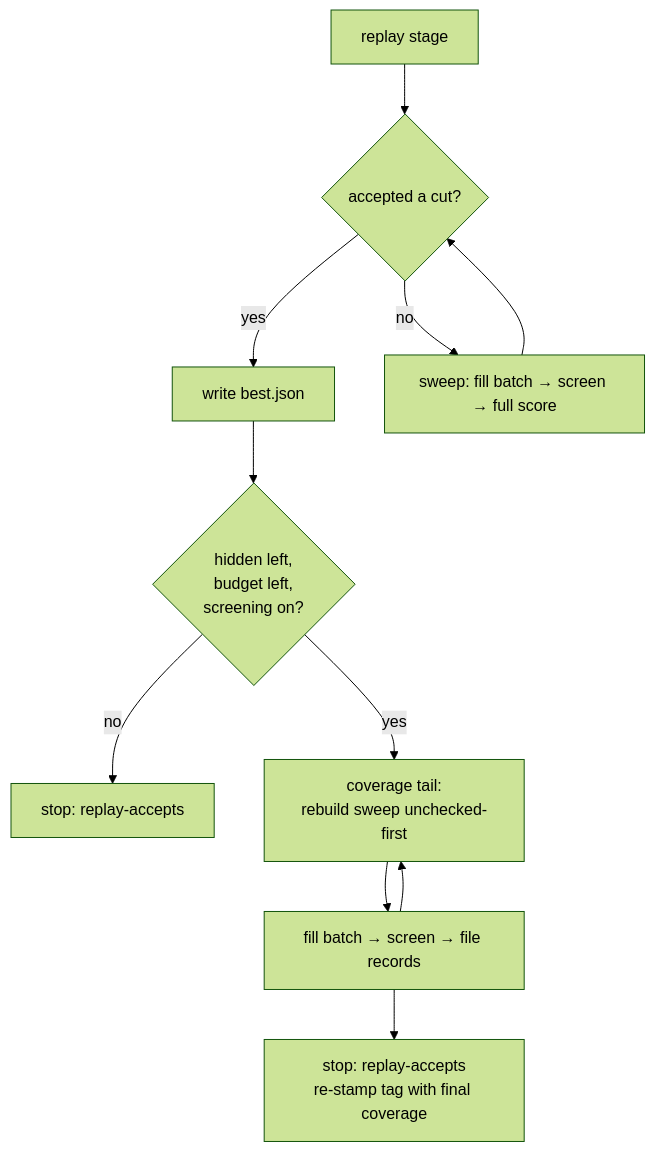
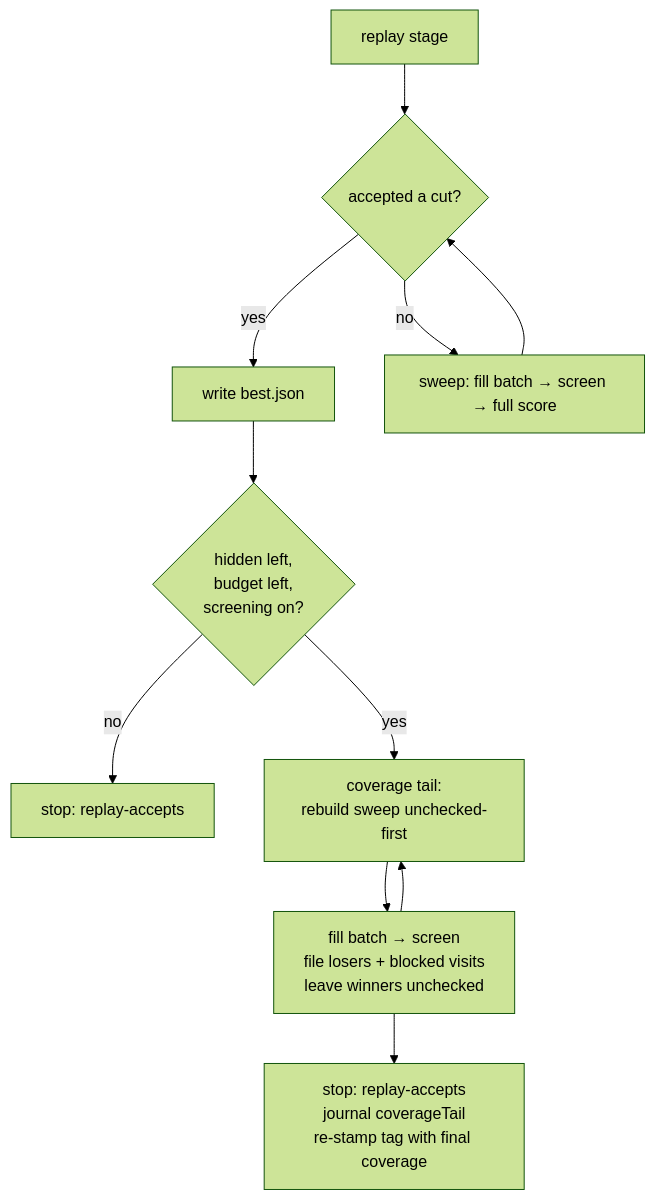
Before and after one commit to stSoftwareAU/NEAT-AI-Ockham: the diagram in docs/archive/pr-summaries/pr-summary-91.md, drawn with Mermaid (forest theme). The commit also changed other lines of this file, not shown here.

````diff
--- a/docs/archive/pr-summaries/pr-summary-91.md
+++ b/docs/archive/pr-summaries/pr-summary-91.md
@@ -38,13 +51,13 @@
 ```mermaid
 flowchart TD
     R["replay stage"] --> A{"accepted a cut?"}
     A -->|yes| W["write best.json"]
     W --> T{"hidden left,<br/>budget left,<br/>screening on?"}
     T -->|no| S1["stop: replay-accepts"]
     T -->|yes| C["coverage tail:<br/>rebuild sweep unchecked-first"]
-    C --> B["fill batch → screen → file records"]
+    C --> B["fill batch → screen<br/>file losers + blocked visits<br/>leave winners unchecked"]
     B --> C
-    B --> S2["stop: replay-accepts<br/>re-stamp tag with final coverage"]
+    B --> S2["stop: replay-accepts<br/>journal coverageTail<br/>re-stamp tag with final coverage"]
     A -->|no| Q["sweep: fill batch → screen → full score"]
     Q --> A
 ```
````
